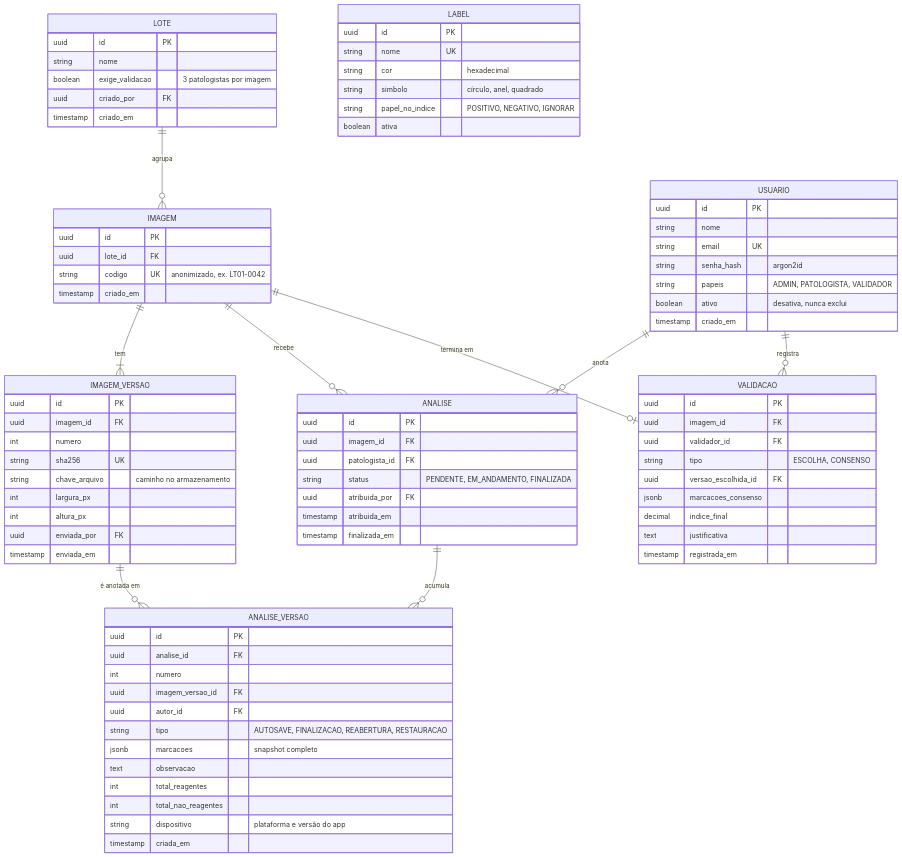
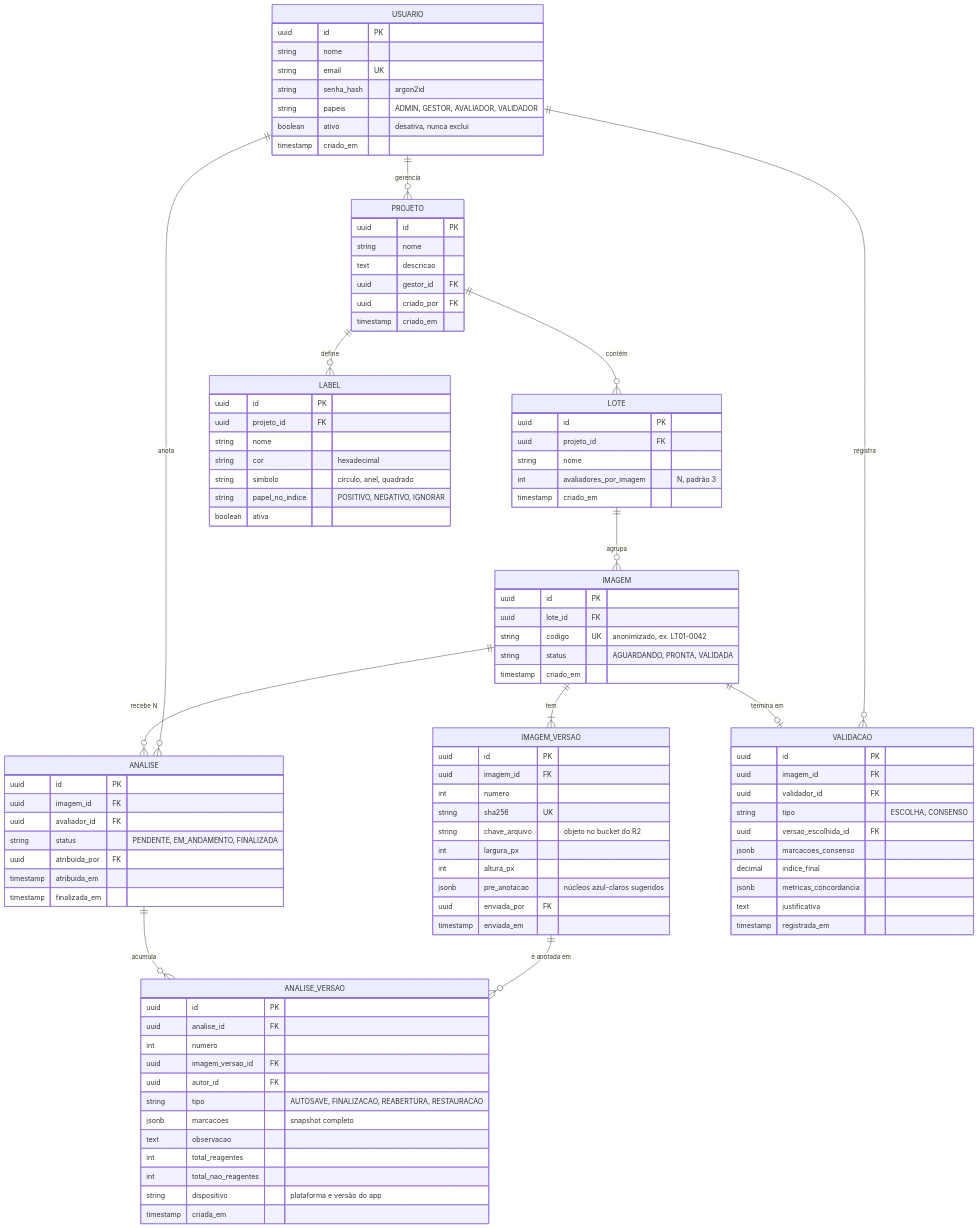
Diagram 12 of 13 in docs/02-arquitetura.md (Matheus-Lordron/ki67), drawn with Mermaid before and after one commit. The commit also changed other lines of this file and 6 other files, not shown here.

````diff
--- a/docs/02-arquitetura.md
+++ b/docs/02-arquitetura.md
@@ -391,8 +448,11 @@
 ```mermaid
 erDiagram
+    USUARIO ||--o{ PROJETO : "gerencia"
+    PROJETO ||--o{ LOTE : "contém"
+    PROJETO ||--o{ LABEL : "define"
     LOTE ||--o{ IMAGEM : "agrupa"
     IMAGEM ||--|{ IMAGEM_VERSAO : "tem"
-    IMAGEM ||--o{ ANALISE : "recebe"
+    IMAGEM ||--o{ ANALISE : "recebe N"
     USUARIO ||--o{ ANALISE : "anota"
     ANALISE ||--o{ ANALISE_VERSAO : "acumula"
     IMAGEM_VERSAO ||--o{ ANALISE_VERSAO : "é anotada em"
@@ -404,21 +464,30 @@
         string nome
         string email UK
         string senha_hash "argon2id"
-        string papeis "ADMIN, PATOLOGISTA, VALIDADOR"
+        string papeis "ADMIN, GESTOR, AVALIADOR, VALIDADOR"
         boolean ativo "desativa, nunca exclui"
+        timestamp criado_em
+    }
+    PROJETO {
+        uuid id PK
+        string nome
+        text descricao
+        uuid gestor_id FK
+        uuid criado_por FK
         timestamp criado_em
     }
     LOTE {
         uuid id PK
+        uuid projeto_id FK
         string nome
-        boolean exige_validacao "3 patologistas por imagem"
-        uuid criado_por FK
+        int avaliadores_por_imagem "N, padrão 3"
         timestamp criado_em
     }
     IMAGEM {
         uuid id PK
         uuid lote_id FK
         string codigo UK "anonimizado, ex. LT01-0042"
+        string status "AGUARDANDO, PRONTA, VALIDADA"
         timestamp criado_em
     }
     IMAGEM_VERSAO {
@@ -426,16 +495,17 @@
         uuid imagem_id FK
         int numero
         string sha256 UK
-        string chave_arquivo "caminho no armazenamento"
+        string chave_arquivo "objeto no bucket do R2"
         int largura_px
         int altura_px
+        jsonb pre_anotacao "núcleos azul-claros sugeridos"
         uuid enviada_por FK
         timestamp enviada_em
     }
     ANALISE {
         uuid id PK
         uuid imagem_id FK
-        uuid patologista_id FK
+        uuid avaliador_id FK
         string status "PENDENTE, EM_ANDAMENTO, FINALIZADA"
         uuid atribuida_por FK
         timestamp atribuida_em
@@ -457,7 +527,8 @@
     }
     LABEL {
         uuid id PK
-        string nome UK
+        uuid projeto_id FK
+        string nome
         string cor "hexadecimal"
         string simbolo "círculo, anel, quadrado"
         string papel_no_indice "POSITIVO, NEGATIVO, IGNORAR"
@@ -471,6 +542,7 @@
         uuid versao_escolhida_id FK
         jsonb marcacoes_consenso
         decimal indice_final
+        jsonb metricas_concordancia
         text justificativa
         timestamp registrada_em
     }
````
